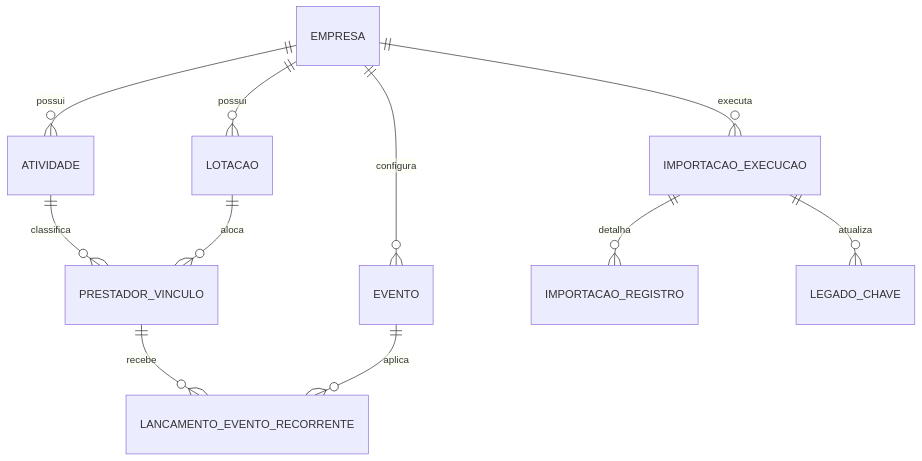
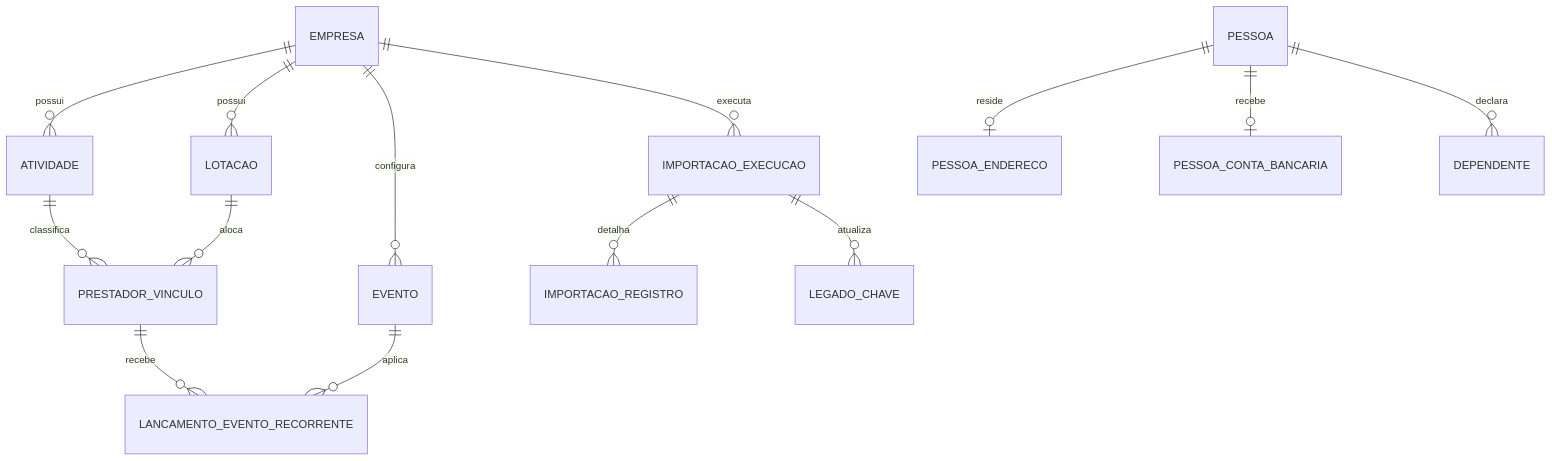
The diagram in docs/MODELO_DE_DADOS.md (AldoSant/GestaoInstitutos), drawn with Mermaid before and after one commit. The commit also changed other lines of this file and 18 other files, not shown here.

````diff
--- a/docs/MODELO_DE_DADOS.md
+++ b/docs/MODELO_DE_DADOS.md
@@ -27,13 +28,16 @@
 ```mermaid
 erDiagram
   EMPRESA ||--o{ ATIVIDADE : possui
   EMPRESA ||--o{ LOTACAO : possui
   ATIVIDADE ||--o{ PRESTADOR_VINCULO : classifica
   LOTACAO ||--o{ PRESTADOR_VINCULO : aloca
   EMPRESA ||--o{ EVENTO : configura
   PRESTADOR_VINCULO ||--o{ LANCAMENTO_EVENTO_RECORRENTE : recebe
   EVENTO ||--o{ LANCAMENTO_EVENTO_RECORRENTE : aplica
+  PESSOA ||--o| PESSOA_ENDERECO : reside
+  PESSOA ||--o| PESSOA_CONTA_BANCARIA : recebe
+  PESSOA ||--o{ DEPENDENTE : declara
   EMPRESA ||--o{ IMPORTACAO_EXECUCAO : executa
   IMPORTACAO_EXECUCAO ||--o{ IMPORTACAO_REGISTRO : detalha
   IMPORTACAO_EXECUCAO ||--o{ LEGADO_CHAVE : atualiza
 ```
````
